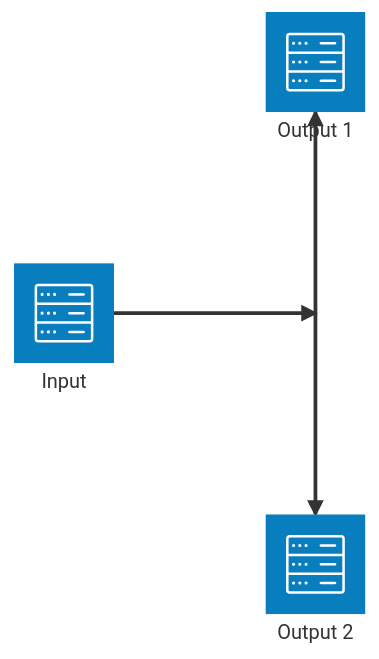
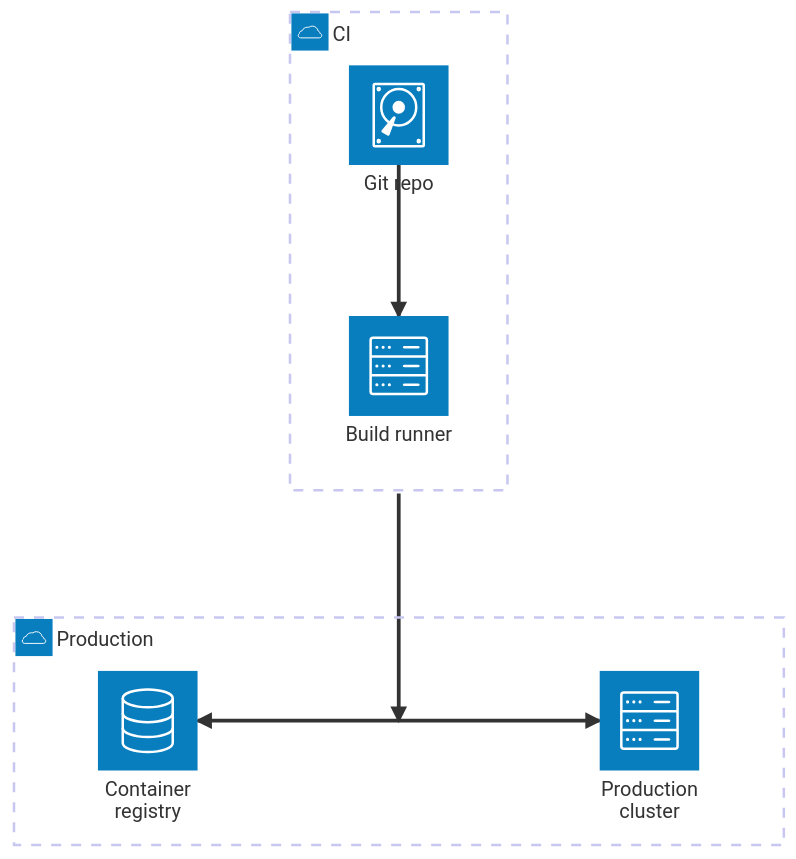
The diagram in dist/plugins/mermaid-diagrams/skills/mermaid-diagrams/references/architecture-diagrams.md (castocolina/agent-toolkit), drawn with Mermaid before and after one commit. The commit also changed other lines of this file and 1013 other files, not shown here.

````diff
--- a/dist/plugins/mermaid-diagrams/skills/mermaid-diagrams/references/architecture-diagrams.md
+++ b/dist/plugins/mermaid-diagrams/skills/mermaid-diagrams/references/architecture-diagrams.md
@@ -80,12 +5,16 @@
 ```mermaid
 architecture-beta
-    service input(server)[Input]
-    service output1(server)[Output 1]
-    service output2(server)[Output 2]
+    group ci(cloud)[CI]
+    group prod(cloud)[Production]
 
-    junction j1
+    service repo(disk)[Git repo] in ci
+    service runner(server)[Build runner] in ci
+    service registry(database)[Container registry] in prod
+    service cluster(server)[Production cluster] in prod
+    junction j1 in prod
 
-    input:R --> L:j1
-    j1:T --> B:output1
-    j1:B --> T:output2
+    repo:B --> T:runner
+    runner{group}:B --> T:j1
+    j1:L --> R:registry
+    j1:R --> L:cluster
 ```
````
